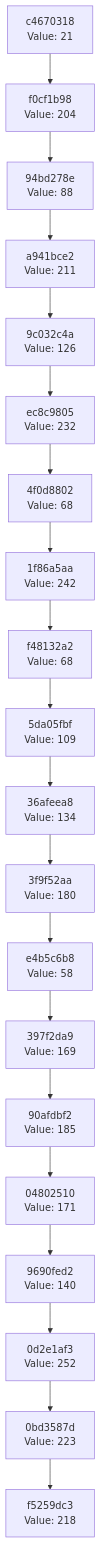
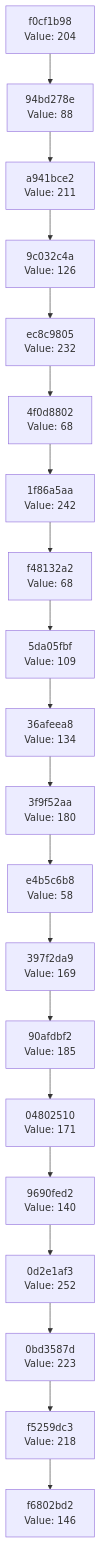
One commit to Abhisheksinha1506/hash-chain-evolver changed the diagram in docs/CHAIN_VISUALIZATION.md. Above: the diagram before and after it, drawn with Mermaid. The commit also changed 2 other files, not shown here.

Commit message:
Evolution Step

````diff
--- a/docs/CHAIN_VISUALIZATION.md
+++ b/docs/CHAIN_VISUALIZATION.md
@@ -3,42 +3,42 @@
 ```mermaid
 graph TD
-    C0["f5259dc3<br/>Value: 218"]
-    C1["0bd3587d<br/>Value: 223"]
+    C0["f6802bd2<br/>Value: 146"]
+    C1["f5259dc3<br/>Value: 218"]
     C1 --> C0
-    C2["0d2e1af3<br/>Value: 252"]
+    C2["0bd3587d<br/>Value: 223"]
     C2 --> C1
-    C3["9690fed2<br/>Value: 140"]
+    C3["0d2e1af3<br/>Value: 252"]
     C3 --> C2
-    C4["04802510<br/>Value: 171"]
+    C4["9690fed2<br/>Value: 140"]
     C4 --> C3
-    C5["90afdbf2<br/>Value: 185"]
+    C5["04802510<br/>Value: 171"]
     C5 --> C4
-    C6["397f2da9<br/>Value: 169"]
+    C6["90afdbf2<br/>Value: 185"]
     C6 --> C5
-    C7["e4b5c6b8<br/>Value: 58"]
+    C7["397f2da9<br/>Value: 169"]
     C7 --> C6
-    C8["3f9f52aa<br/>Value: 180"]
+    C8["e4b5c6b8<br/>Value: 58"]
     C8 --> C7
-    C9["36afeea8<br/>Value: 134"]
+    C9["3f9f52aa<br/>Value: 180"]
     C9 --> C8
-    C10["5da05fbf<br/>Value: 109"]
+    C10["36afeea8<br/>Value: 134"]
     C10 --> C9
-    C11["f48132a2<br/>Value: 68"]
+    C11["5da05fbf<br/>Value: 109"]
     C11 --> C10
-    C12["1f86a5aa<br/>Value: 242"]
+    C12["f48132a2<br/>Value: 68"]
     C12 --> C11
-    C13["4f0d8802<br/>Value: 68"]
+    C13["1f86a5aa<br/>Value: 242"]
     C13 --> C12
-    C14["ec8c9805<br/>Value: 232"]
+    C14["4f0d8802<br/>Value: 68"]
     C14 --> C13
-    C15["9c032c4a<br/>Value: 126"]
+    C15["ec8c9805<br/>Value: 232"]
     C15 --> C14
-    C16["a941bce2<br/>Value: 211"]
+    C16["9c032c4a<br/>Value: 126"]
     C16 --> C15
-    C17["94bd278e<br/>Value: 88"]
+    C17["a941bce2<br/>Value: 211"]
     C17 --> C16
-    C18["f0cf1b98<br/>Value: 204"]
+    C18["94bd278e<br/>Value: 88"]
     C18 --> C17
-    C19["c4670318<br/>Value: 21"]
+    C19["f0cf1b98<br/>Value: 204"]
     C19 --> C18
 ```
````
